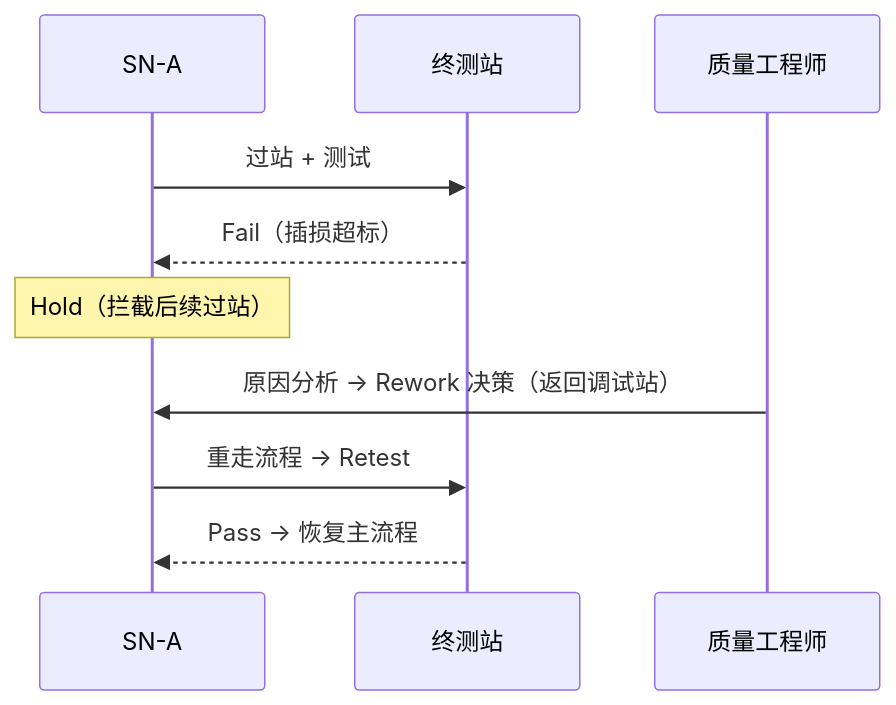
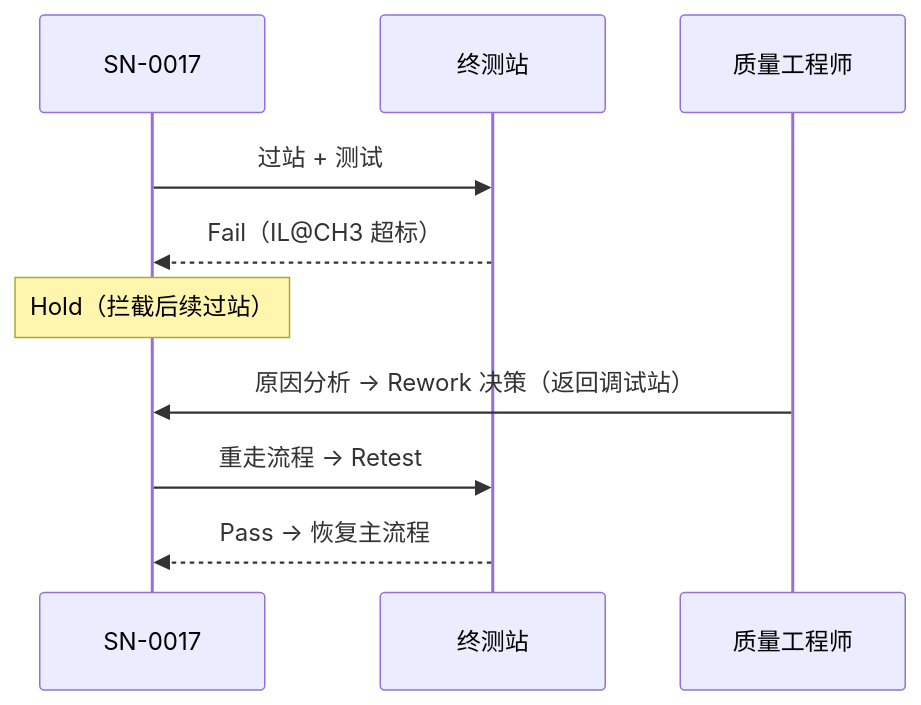
One commit to JacobLiou/MES-Thinking changed the first of 2 diagrams in doc/MES业务系统学习/07_综合案例/07.3_异常与质量案例.md. Above: the diagram before and after it, drawn with Mermaid. The commit also changed other lines of this file and 34 other files, not shown here.

````diff
--- a/doc/MES业务系统学习/07_综合案例/07.3_异常与质量案例.md
+++ b/doc/MES业务系统学习/07_综合案例/07.3_异常与质量案例.md
@@ -15,12 +23,12 @@
 ```mermaid
 sequenceDiagram
-    participant SN as SN-A
+    participant SN as SN-0017
     participant ST as 终测站
     participant QE as 质量工程师
     SN->>ST: 过站 + 测试
-    ST-->>SN: Fail（插损超标）
+    ST-->>SN: Fail（IL@CH3 超标）
     Note over SN: Hold（拦截后续过站）
     QE->>SN: 原因分析 → Rework 决策（返回调试站）
     SN->>ST: 重走流程 → Retest
     ST-->>SN: Pass → 恢复主流程
 ```
````
